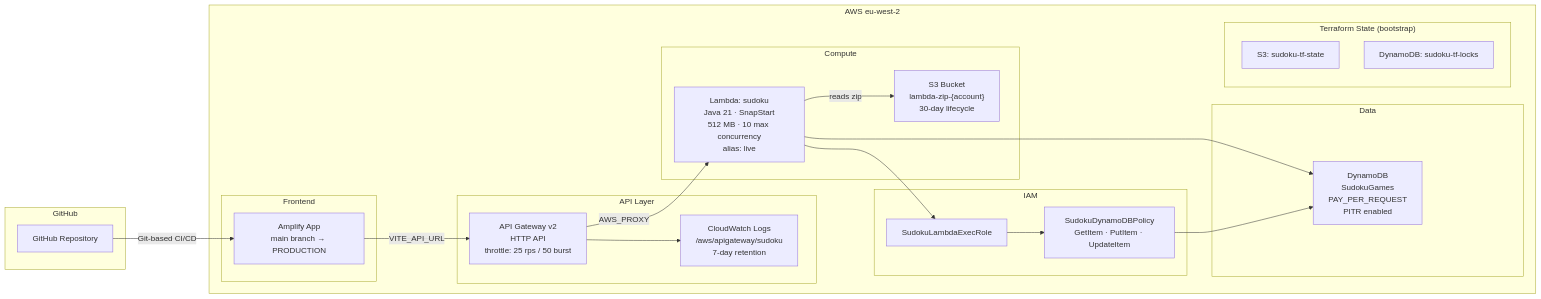
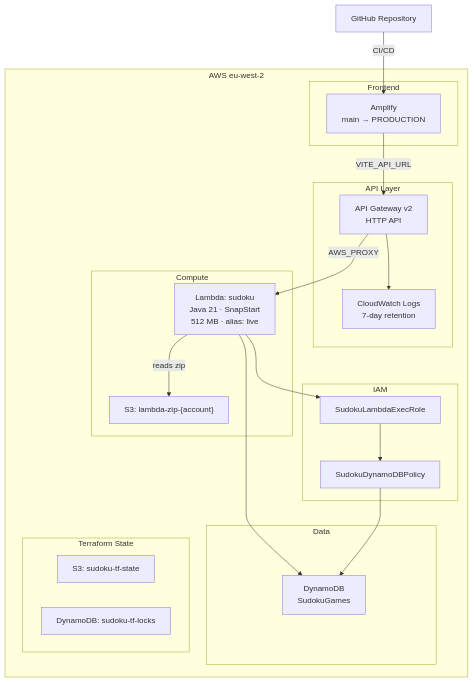
The diagram in infra/README.md (edoatley/sudoku-app), drawn with Mermaid before and after one commit.

Commit message:
Improve Mermaid diagram readability
Switch from LR to TD layout and trim verbose node labels so all text
fits without truncation on GitHub's diagram renderer.

````diff
--- a/infra/README.md
+++ b/infra/README.md
@@ -9,46 +9,44 @@
 ```mermaid
-flowchart LR
-    subgraph GitHub
-        GH[GitHub Repository]
-    end
+flowchart TD
+    GH[GitHub Repository]
 
     subgraph AWS["AWS eu-west-2"]
         subgraph Frontend
-            AMP[Amplify App\nmain branch → PRODUCTION]
+            AMP[Amplify\nmain → PRODUCTION]
         end
 
         subgraph API["API Layer"]
-            APIGW[API Gateway v2\nHTTP API\nthrottle: 25 rps / 50 burst]
-            CWL[CloudWatch Logs\n/aws/apigateway/sudoku\n7-day retention]
+            APIGW[API Gateway v2\nHTTP API]
+            CWL[CloudWatch Logs\n7-day retention]
         end
 
-        subgraph Compute["Compute"]
-            LAM[Lambda: sudoku\nJava 21 · SnapStart\n512 MB · 10 max concurrency\nalias: live]
-            S3Z["S3 Bucket\nlambda-zip-{account}\n30-day lifecycle"]
+        subgraph Compute
+            LAM[Lambda: sudoku\nJava 21 · SnapStart\n512 MB · alias: live]
+            S3Z["S3: lambda-zip-{account}"]
         end
 
-        subgraph Data["Data"]
-            DDB[DynamoDB\nSudokuGames\nPAY_PER_REQUEST\nPITR enabled]
+        subgraph Data
+            DDB[DynamoDB\nSudokuGames]
         end
 
-        subgraph IAM["IAM"]
+        subgraph IAM
             ROLE[SudokuLambdaExecRole]
-            POL[SudokuDynamoDBPolicy\nGetItem · PutItem · UpdateItem]
+            POL[SudokuDynamoDBPolicy]
         end
 
-        subgraph State["Terraform State (bootstrap)"]
+        subgraph State["Terraform State"]
             S3S[S3: sudoku-tf-state]
             DDBL[DynamoDB: sudoku-tf-locks]
         end
     end
 
-    GH -->|Git-based CI/CD| AMP
+    GH -->|CI/CD| AMP
     AMP -->|VITE_API_URL| APIGW
     APIGW -->|AWS_PROXY| LAM
     APIGW --> CWL
     LAM -->|reads zip| S3Z
     LAM --> DDB
     LAM --> ROLE
     ROLE --> POL
     POL --> DDB
 ```
````
